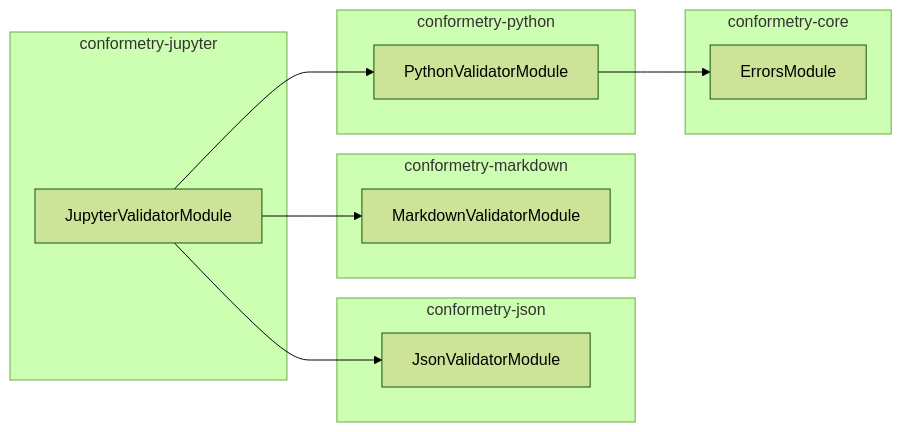
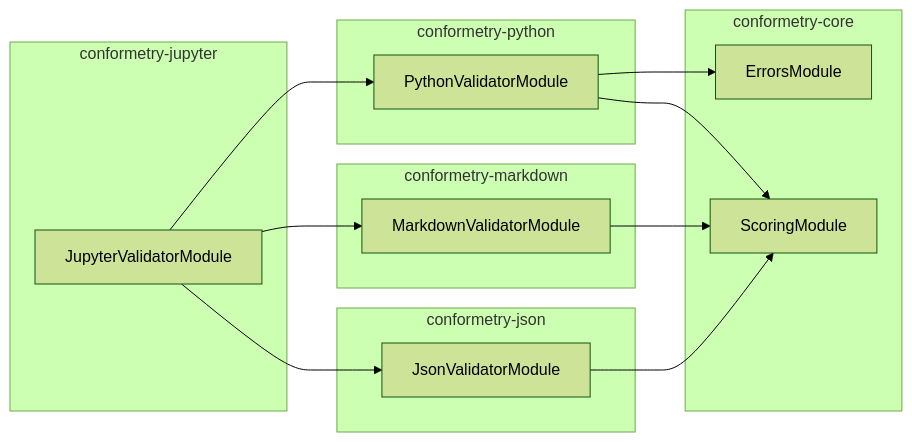
The diagram in packages/conformetry-jupyter/AGENTS.md (JimmyPaolini/codebase), drawn with Mermaid (forest theme) before and after one commit. The commit also changed 141 other files, not shown here.

````diff
--- a/packages/conformetry-jupyter/AGENTS.md
+++ b/packages/conformetry-jupyter/AGENTS.md
@@ -57,22 +57,26 @@
 ```mermaid
 flowchart LR
   subgraph group0["conformetry-jupyter"]
     JupyterValidatorModule
   end
   subgraph group1["conformetry-core"]
     ErrorsModule
+    ScoringModule
   end
   subgraph group2["conformetry-json"]
     JsonValidatorModule
   end
   subgraph group3["conformetry-markdown"]
     MarkdownValidatorModule
   end
   subgraph group4["conformetry-python"]
     PythonValidatorModule
   end
+  JsonValidatorModule --> ScoringModule
   JupyterValidatorModule --> JsonValidatorModule
   JupyterValidatorModule --> MarkdownValidatorModule
   JupyterValidatorModule --> PythonValidatorModule
+  MarkdownValidatorModule --> ScoringModule
   PythonValidatorModule --> ErrorsModule
+  PythonValidatorModule --> ScoringModule
 ```
````
